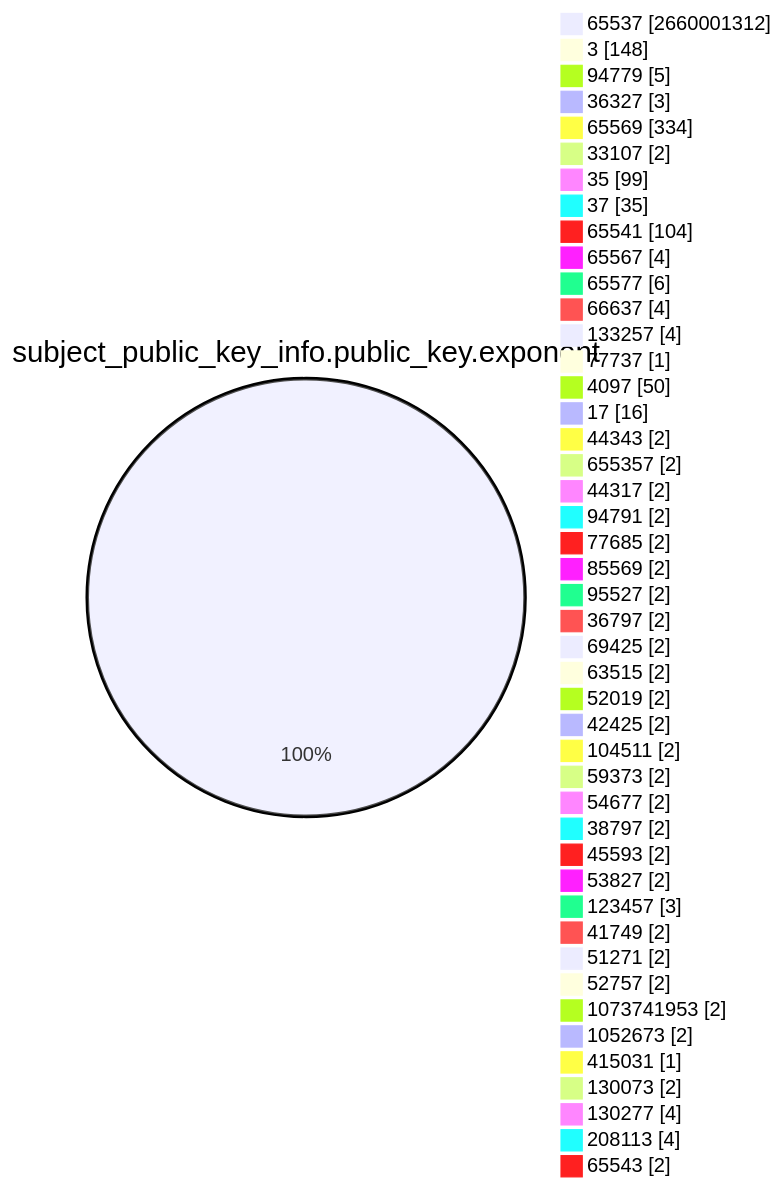
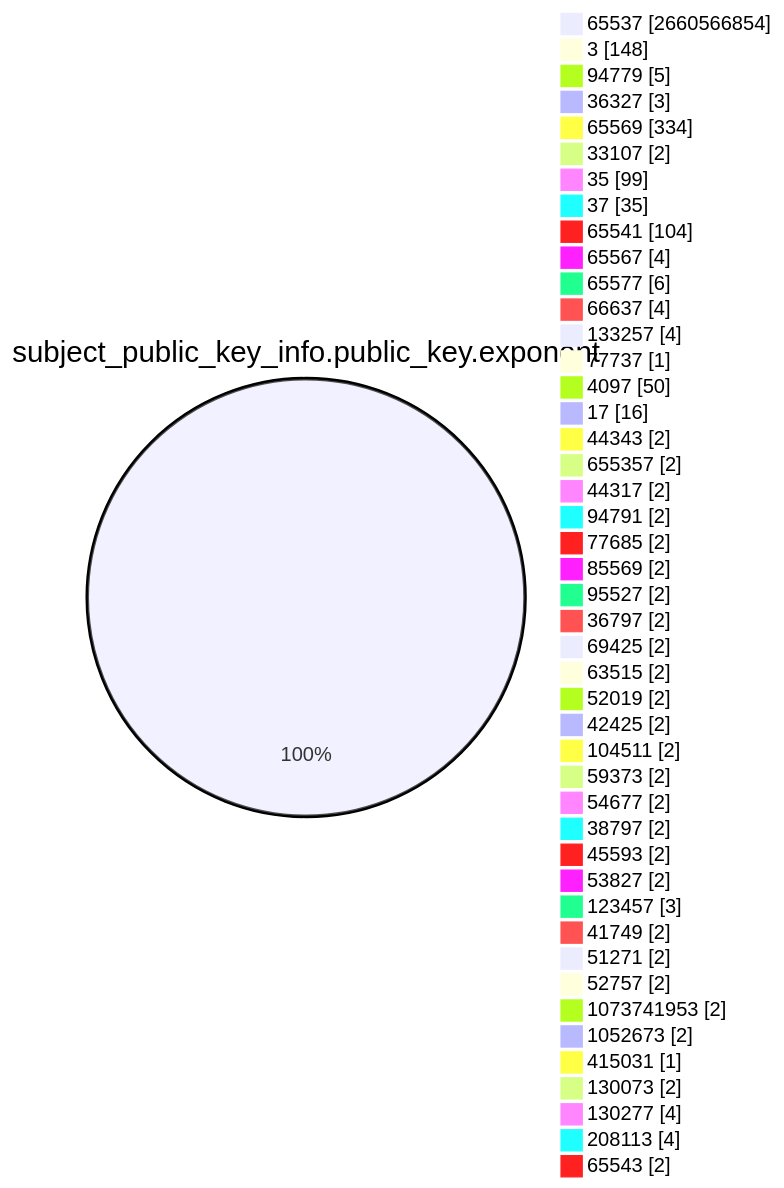
Before and after one commit to christiankrug/ctmonitor_visualization: the fourth of 15 diagrams in TOTAL/README.md, drawn with Mermaid. The commit also changed other lines of this file, not shown here.

````diff
--- a/TOTAL/README.md
+++ b/TOTAL/README.md
@@ -1466,49 +1466,49 @@
 ```mermaid
 pie showData
 title subject_public_key_info.public_key.exponent
-"65537" :2660001312
+"65537" :2660566854
 "3" :148
 "94779" :5
 "36327" :3
 "65569" :334
 "33107" :2
 "35" :99
 "37" :35
 "65541" :104
 "65567" :4
 "65577" :6
 "66637" :4
 "133257" :4
 "77737" :1
 "4097" :50
 "17" :16
 "44343" :2
 "655357" :2
 "44317" :2
 "94791" :2
 "77685" :2
 "85569" :2
 "95527" :2
 "36797" :2
 "69425" :2
 "63515" :2
 "52019" :2
 "42425" :2
 "104511" :2
 "59373" :2
 "54677" :2
 "38797" :2
 "45593" :2
 "53827" :2
 "123457" :3
 "41749" :2
 "51271" :2
 "52757" :2
 "1073741953" :2
 "1052673" :2
 "415031" :1
 "130073" :2
 "130277" :4
 "208113" :4
 "65543" :2
 ```
````
